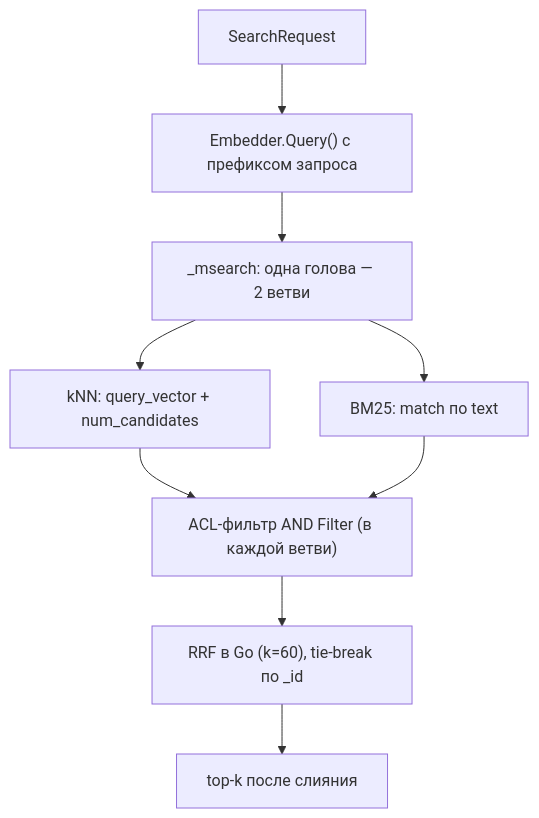
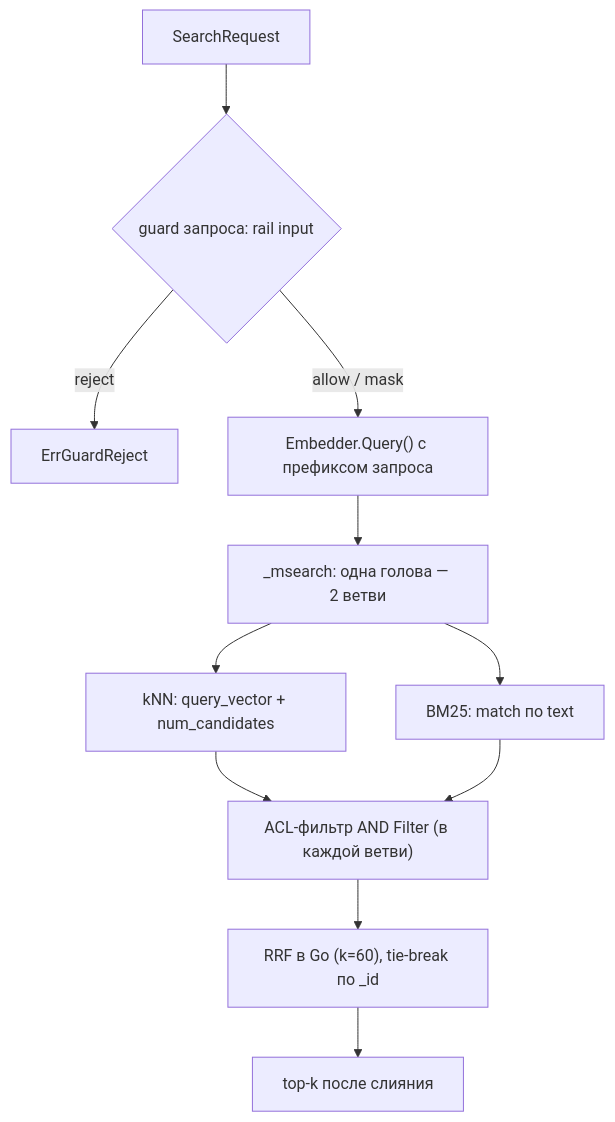
The second of 2 diagrams in docs/guides/retrieval.md (KirillYuzh/Gobellim), drawn with Mermaid before and after one commit. The commit also changed other lines of this file and 41 other files, not shown here.

````diff
--- a/docs/guides/retrieval.md
+++ b/docs/guides/retrieval.md
@@ -86,11 +93,13 @@
 ```mermaid
 flowchart TD
-    Q["SearchRequest"] --> EMB["Embedder.Query() с префиксом запроса"]
+    Q["SearchRequest"] --> G{"guard запроса: rail input"}
+    G -->|"reject"| ERR["ErrGuardReject"]
+    G -->|"allow / mask"| EMB["Embedder.Query() с префиксом запроса"]
     EMB --> MS["_msearch: одна голова — 2 ветви"]
     MS --> KNN["kNN: query_vector + num_candidates"]
     MS --> BM["BM25: match по text"]
     KNN --> F["ACL-фильтр AND Filter (в каждой ветви)"]
     BM --> F
     F --> RRF["RRF в Go (k=60), tie-break по _id"]
     RRF --> TOP["top-k после слияния"]
 ```
````
